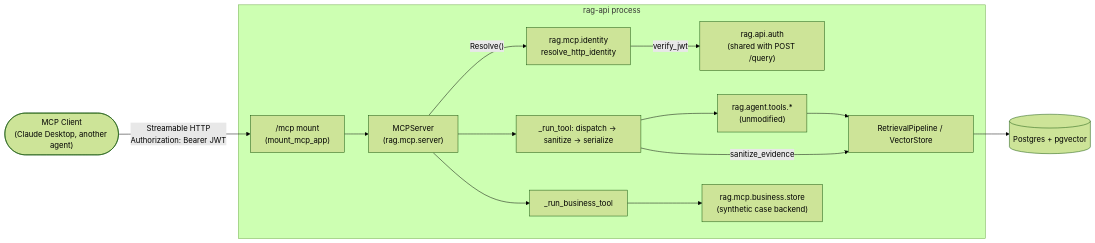
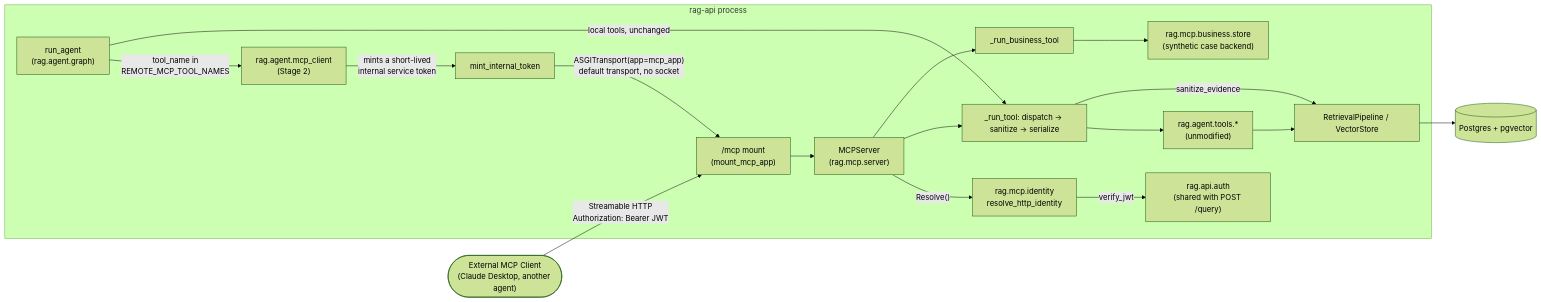
Before and after one commit to ajits-github/local-rag-system: the second of 2 diagrams in docs/architecture.md, drawn with Mermaid (forest theme). The commit also changed other lines of this file, not shown here.

Commit message:
docs: document MCP Stage 2 in the architecture design writeup

````diff
--- a/docs/architecture.md
+++ b/docs/architecture.md
@@ -2087,21 +2102,26 @@
 ```mermaid
 flowchart LR
-    Client(["MCP Client<br/>(Claude Desktop, another agent)"])
+    Client(["External MCP Client<br/>(Claude Desktop, another agent)"])
     Client -->|"Streamable HTTP<br/>Authorization: Bearer JWT"| Mount["/mcp mount<br/>(mount_mcp_app)"]
 
     subgraph RagApi["rag-api process"]
+        Graph["run_agent<br/>(rag.agent.graph)"] -->|"tool_name in<br/>REMOTE_MCP_TOOL_NAMES"| McpClient["rag.agent.mcp_client<br/>(Stage 2)"]
+        McpClient -->|"mints a short-lived<br/>internal service token"| Mint["mint_internal_token"]
+        Mint -->|"ASGITransport(app=mcp_app)<br/>default transport, no socket"| Mount
+
         Mount --> Server["MCPServer<br/>(rag.mcp.server)"]
         Server -->|"Resolve()"| Identity["rag.mcp.identity<br/>resolve_http_identity"]
         Identity -->|"verify_jwt"| Auth["rag.api.auth<br/>(shared with POST /query)"]
 
+        Graph -->|"local tools, unchanged"| Dispatch
         Server --> Dispatch["_run_tool: dispatch -> sanitize -> serialize"]
         Dispatch --> Tools["rag.agent.tools.*<br/>(unmodified)"]
         Tools --> Pipeline["RetrievalPipeline / VectorStore"]
         Dispatch -->|"sanitize_evidence"| Pipeline
 
         Server --> BizDispatch["_run_business_tool"]
         BizDispatch --> Store["rag.mcp.business.store<br/>(synthetic case backend)"]
     end
 
     Pipeline --> DB[("Postgres + pgvector")]
 ```
````
